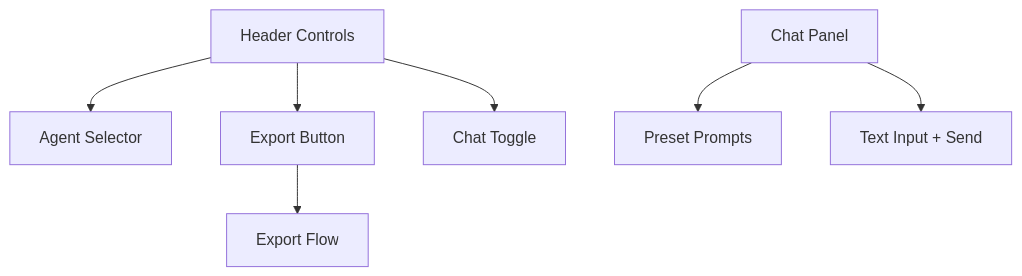
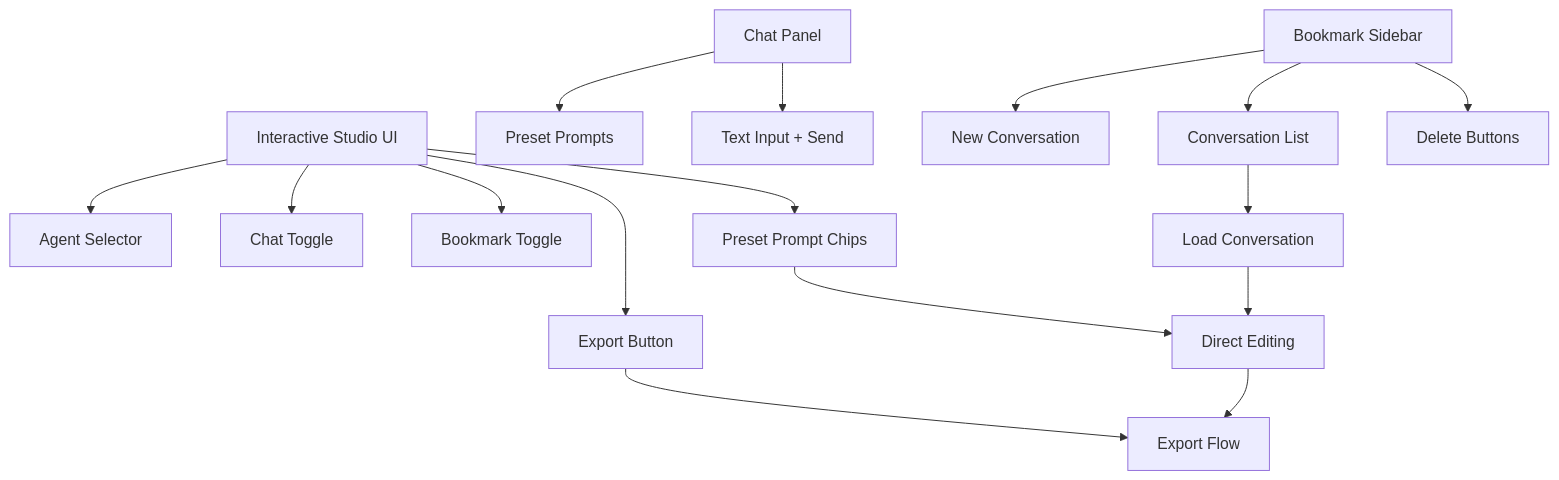
Diagram 14 of 15 in .qoder/repowiki/en/content/Diagram Editor.md (shrekboss/agent-draw-io-front), drawn with Mermaid before and after one commit. The commit also changed other lines of this file and 13 other files, not shown here.

Commit message:
feat(agent-draw-io-front): 优化交互式画图

````diff
--- a/.qoder/repowiki/en/content/Diagram Editor.md
+++ b/.qoder/repowiki/en/content/Diagram Editor.md
@@ -377,9 +680,18 @@
 ```mermaid
 flowchart TD
-UI["Header Controls"] --> AgentSel["Agent Selector"]
+UI["Interactive Studio UI"] --> AgentSel["Agent Selector"]
 UI --> ExportBtn["Export Button"]
 UI --> ChatToggle["Chat Toggle"]
+UI --> BookmarkToggle["Bookmark Toggle"]
+UI --> PresetChips["Preset Prompt Chips"]
 ChatPanel["Chat Panel"] --> Presets["Preset Prompts"]
 ChatPanel --> Input["Text Input + Send"]
+BookmarkSidebar["Bookmark Sidebar"] --> NewConv["New Conversation"]
+BookmarkSidebar --> ConvList["Conversation List"]
+BookmarkSidebar --> DeleteBtn["Delete Buttons"]
 ExportBtn --> ExportFlow["Export Flow"]
+PresetChips --> DirectFlow["Direct Editing"]
+DirectFlow --> ExportFlow
+ConvList --> LoadConv["Load Conversation"]
+LoadConv --> DirectFlow
 ```
````
